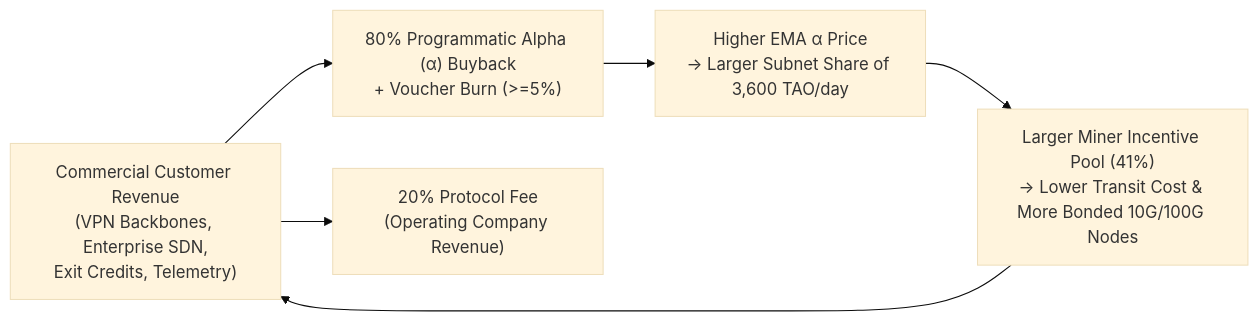
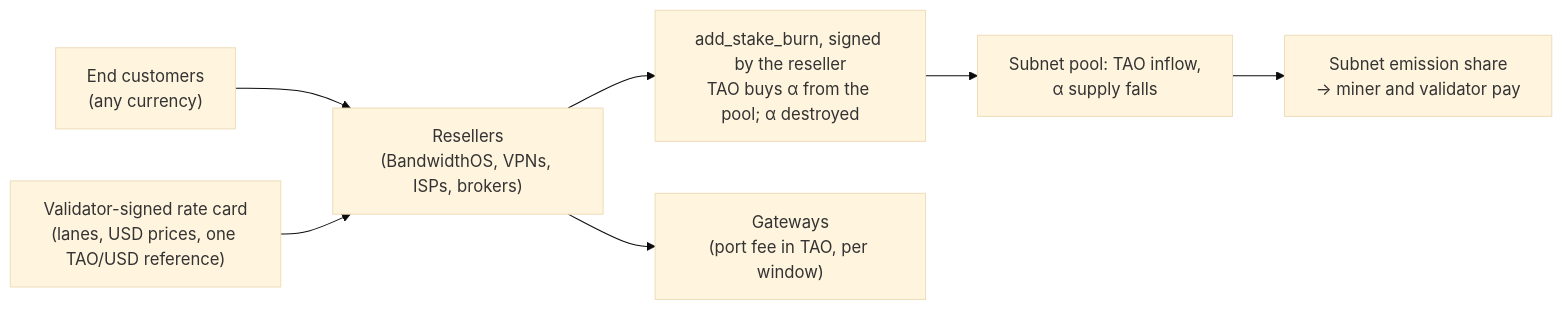
Before and after one commit to transitfabric/releases: the second of 2 diagrams in docs/redteam/whitepaper.md, drawn with Mermaid (base theme). The commit also changed other lines of this file and 5 other files, not shown here.

Commit message:
Red-team pack: whitepaper 1.2 (solver peer discovery, System One, burn with USD quoting, launch scope) with MathML formulas and a PDF; formulas and tables scroll in place on phones

````diff
--- a/docs/redteam/whitepaper.md
+++ b/docs/redteam/whitepaper.md
@@ -300,14 +380,17 @@
 ```mermaid
 flowchart LR
-    Rev["Commercial Customer Revenue\n(VPN Backbones, Enterprise SDN,\nExit Credits, Telemetry)"]
-    Buy["80% Programmatic Alpha (α) Buyback\n+ Voucher Burn (>=5%)"]
-    Fee["20% Protocol Fee\n(Operating Company Revenue)"]
-    EMA["Higher EMA α Price\n-> Larger Subnet Share of 3,600 TAO/day"]
-    Cap["Larger Miner Incentive Pool (41%)\n-> Lower Transit Cost & More Bonded 10G/100G Nodes"]
+    Cust["End customers\n(any currency)"]
+    Res["Resellers\n(BandwidthOS, VPNs, ISPs, brokers)"]
+    Card["Validator-signed rate card\n(lanes, USD prices, one TAO/USD reference)"]
+    Burn["add_stake_burn, signed by the reseller\nTAO buys α from the pool; α destroyed"]
+    Pool["Subnet pool: TAO inflow,\nα supply falls"]
+    Em["Subnet emission share\n-> miner and validator pay"]
+    GW["Gateways\n(port fee in TAO, per window)"]
 
-    Rev --> Buy
-    Rev --> Fee
-    Buy --> EMA
-    EMA --> Cap
-    Cap --> Rev
+    Cust --> Res
+    Card --> Res
+    Res --> Burn
+    Res --> GW
+    Burn --> Pool
+    Pool --> Em
 ```
````
